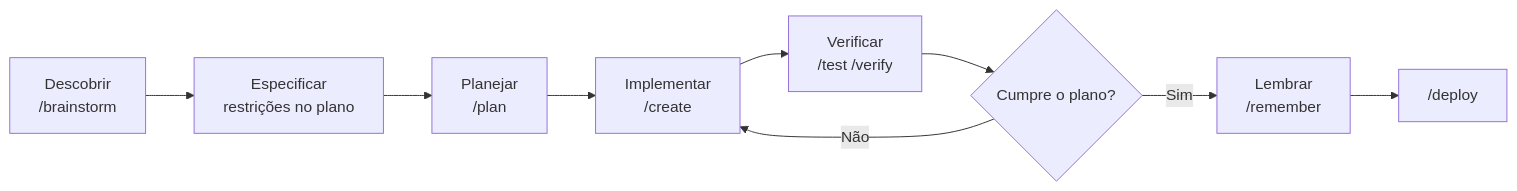
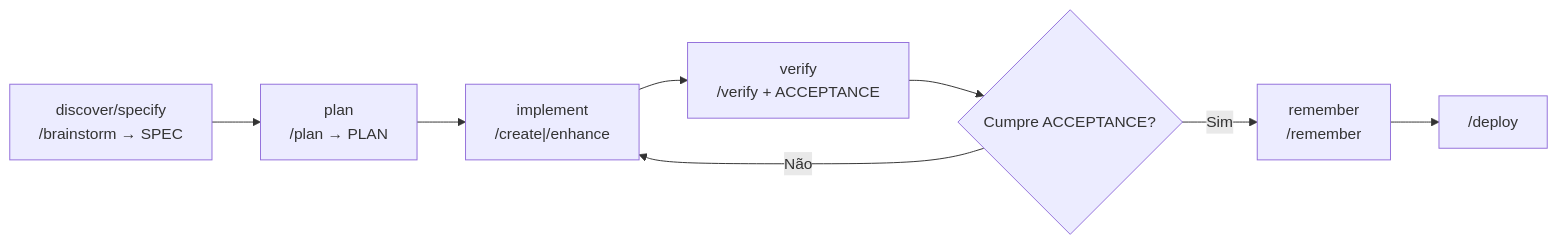
Before and after one commit to zanetta/axion: the first of 2 diagrams in README.md, drawn with Mermaid. The commit also changed other lines of this file and 31 other files, not shown here.

First line of the commit message:
Enhance Axion framework with Spec-Driven Development (SDD) features and documentation updates

````diff
--- a/README.md
+++ b/README.md
@@ -196,11 +197,10 @@
 ```mermaid
 flowchart LR
-  A["Descobrir\n/brainstorm"] --> B["Especificar\nrestrições no plano"]
-  B --> C["Planejar\n/plan"]
-  C --> D["Implementar\n/create"]
-  D --> E["Verificar\n/test /verify"]
-  E --> F{Cumpre o plano?}
+  A["discover/specify\n/brainstorm → SPEC"] --> C["plan\n/plan → PLAN"]
+  C --> D["implement\n/create|/enhance"]
+  D --> E["verify\n/verify + ACCEPTANCE"]
+  E --> F{Cumpre ACCEPTANCE?}
   F -->|Não| D
-  F -->|Sim| G["Lembrar\n/remember"]
+  F -->|Sim| G["remember\n/remember"]
   G --> H["/deploy"]
 ```
````
